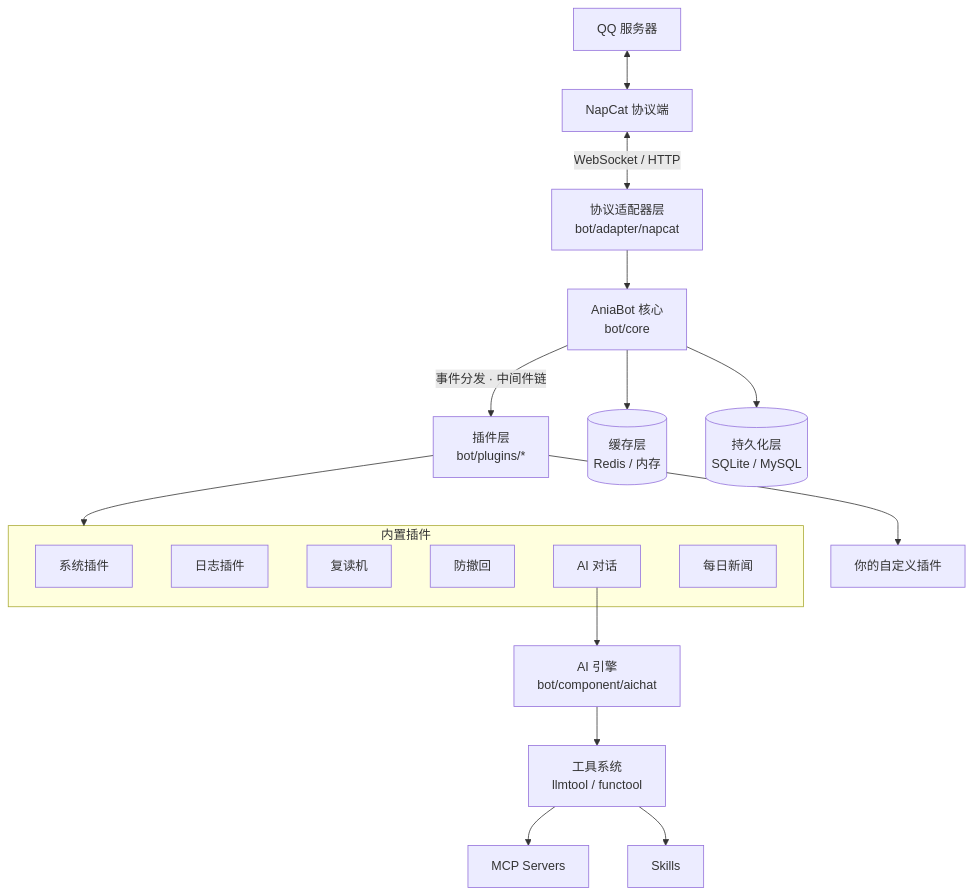
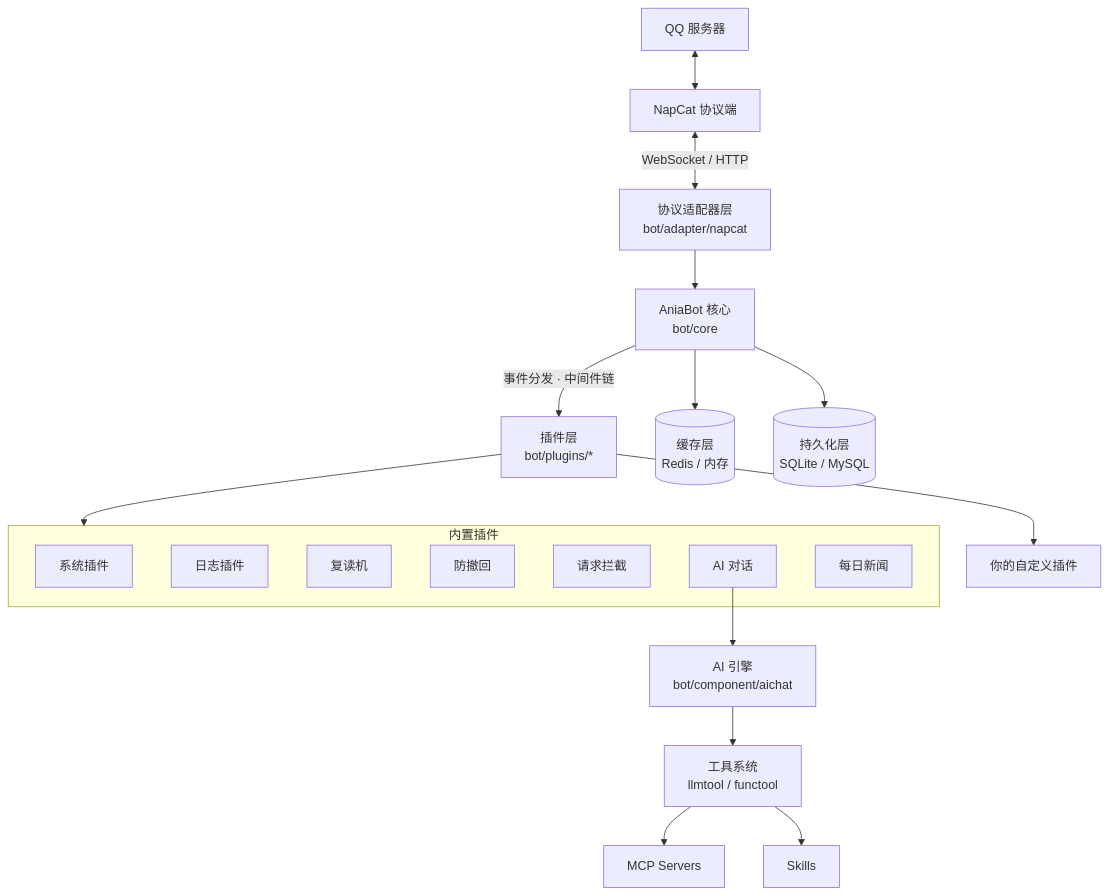
One commit to jeanhua/AniaBot changed the diagram in docs/guide/introduction.md. Above: the diagram before and after it, drawn with Mermaid. The commit also changed 2 other files, not shown here.

Commit message:
docs: 修正内置插件文档与架构图
- introduction 架构图补全"请求拦截"插件
- getting-started 目录树注释六个改七个
- builtin-plugins 工具名对齐代码注册名（webSearch/webExplore/
  get_msg_history/get_private_file_url），删除不存在的 send_file，
  修正 MCP 锚点链接

````diff
--- a/docs/guide/introduction.md
+++ b/docs/guide/introduction.md
@@ -15,27 +15,28 @@
 ```mermaid
 flowchart TB
     QQ[QQ 服务器] <--> NapCat[NapCat 协议端]
     NapCat <-->|WebSocket / HTTP| Adapter[协议适配器层<br/>bot/adapter/napcat]
     Adapter --> Core[AniaBot 核心<br/>bot/core]
     Core -->|事件分发 · 中间件链| Plugins[插件层<br/>bot/plugins/*]
 
     subgraph BuiltIn[内置插件]
         Sys[系统插件]
         Log[日志插件]
         Repeat[复读机]
         Anti[防撤回]
+        Interceptor[请求拦截]
         AI[AI 对话]
         News[每日新闻]
     end
 
     Plugins --> BuiltIn
     Plugins --> Custom[你的自定义插件]
 
     AI --> Engine[AI 引擎<br/>bot/component/aichat]
     Engine --> Tools[工具系统<br/>llmtool / functool]
     Tools --> MCP[MCP Servers]
     Tools --> Skills[Skills]
 
     Core --> Cache[(缓存层<br/>Redis / 内存)]
     Core --> Store[(持久化层<br/>SQLite / MySQL)]
 ```
````
